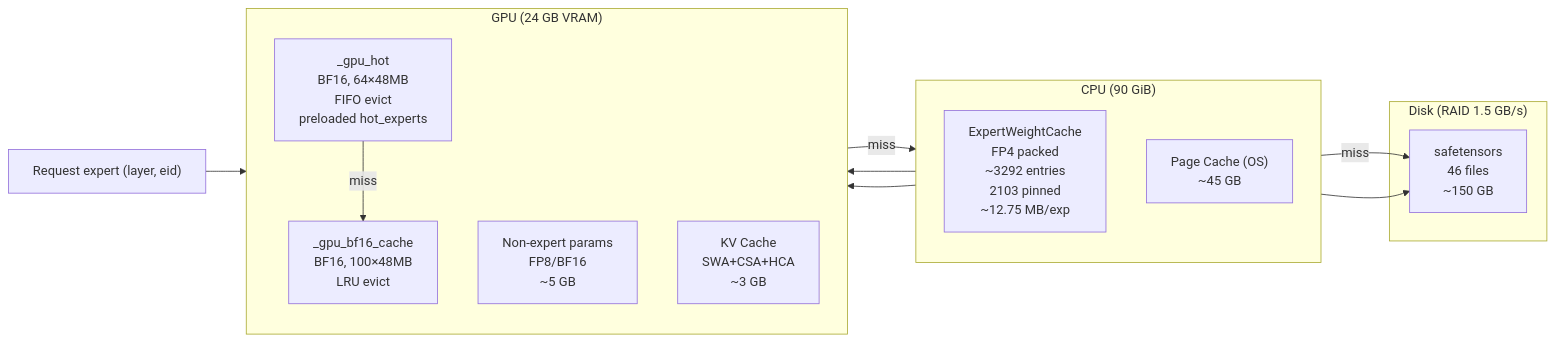
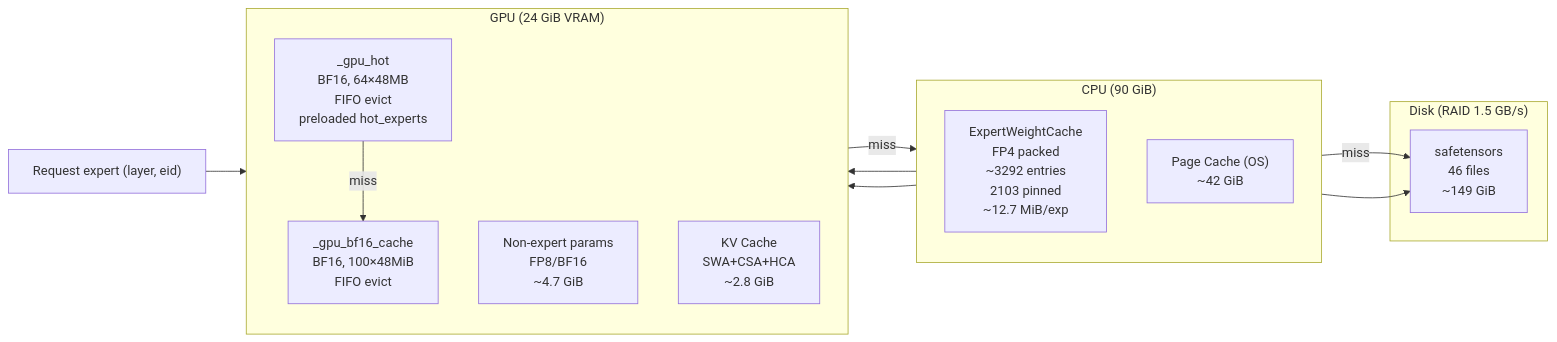
One commit to QingGo/home-seek changed the third of 3 diagrams in README_EN.md. Above: the diagram before and after it, drawn with Mermaid. The commit also changed other lines of this file and 1 other file, not shown here.

````diff
--- a/README_EN.md
+++ b/README_EN.md
@@ -134,27 +134,27 @@
 ```mermaid
 flowchart LR
     subgraph CPU["CPU (90 GiB)"]
         direction TB
-        CPUFP4["ExpertWeightCache<br/>FP4 packed<br/>~3292 entries<br/>2103 pinned<br/>~12.75 MB/exp"]
-        PAGECACHE["Page Cache (OS)<br/>~45 GB"]
+        CPUFP4["ExpertWeightCache<br/>FP4 packed<br/>~3292 entries<br/>2103 pinned<br/>~12.7 MiB/exp"]
+        PAGECACHE["Page Cache (OS)<br/>~42 GiB"]
     end
 
-    subgraph GPU["GPU (24 GB VRAM)"]
+    subgraph GPU["GPU (24 GiB VRAM)"]
         direction TB
         GPUHOT["_gpu_hot<br/>BF16, 64×48MB<br/>FIFO evict<br/>preloaded hot_experts"]
-        GPUBF16["_gpu_bf16_cache<br/>BF16, 100×48MB<br/>LRU evict"]
-        PARAMS["Non-expert params<br/>FP8/BF16<br/>~5 GB"]
-        KV["KV Cache<br/>SWA+CSA+HCA<br/>~3 GB"]
+        GPUBF16["_gpu_bf16_cache<br/>BF16, 100×48MiB<br/>FIFO evict"]
+        PARAMS["Non-expert params<br/>FP8/BF16<br/>~4.7 GiB"]
+        KV["KV Cache<br/>SWA+CSA+HCA<br/>~2.8 GiB"]
     end
 
     subgraph DISK["Disk (RAID 1.5 GB/s)"]
-        SAFE["safetensors<br/>46 files<br/>~150 GB"]
+        SAFE["safetensors<br/>46 files<br/>~149 GiB"]
     end
 
     Request["Request expert (layer, eid)"] --> GPUHOT
     GPUHOT -- miss --> GPUBF16
     GPUBF16 -- miss --> CPUFP4
     CPUFP4 -- miss --> SAFE
     CPUFP4 --> GPUHOT & GPUBF16
     PAGECACHE --> SAFE
 ```
````
